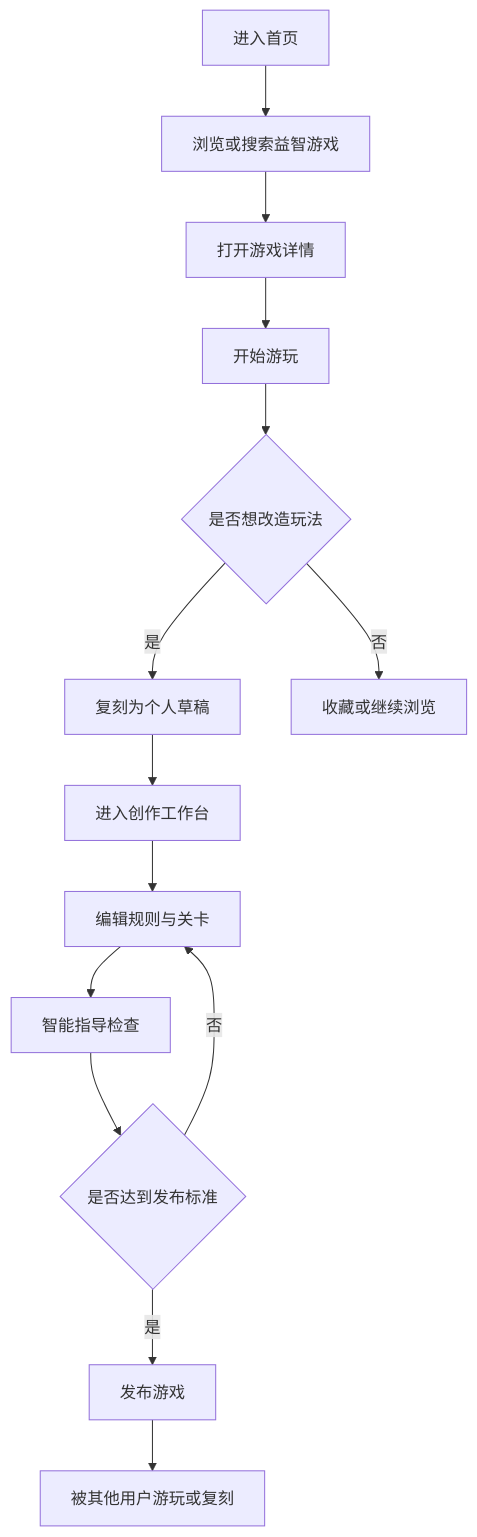
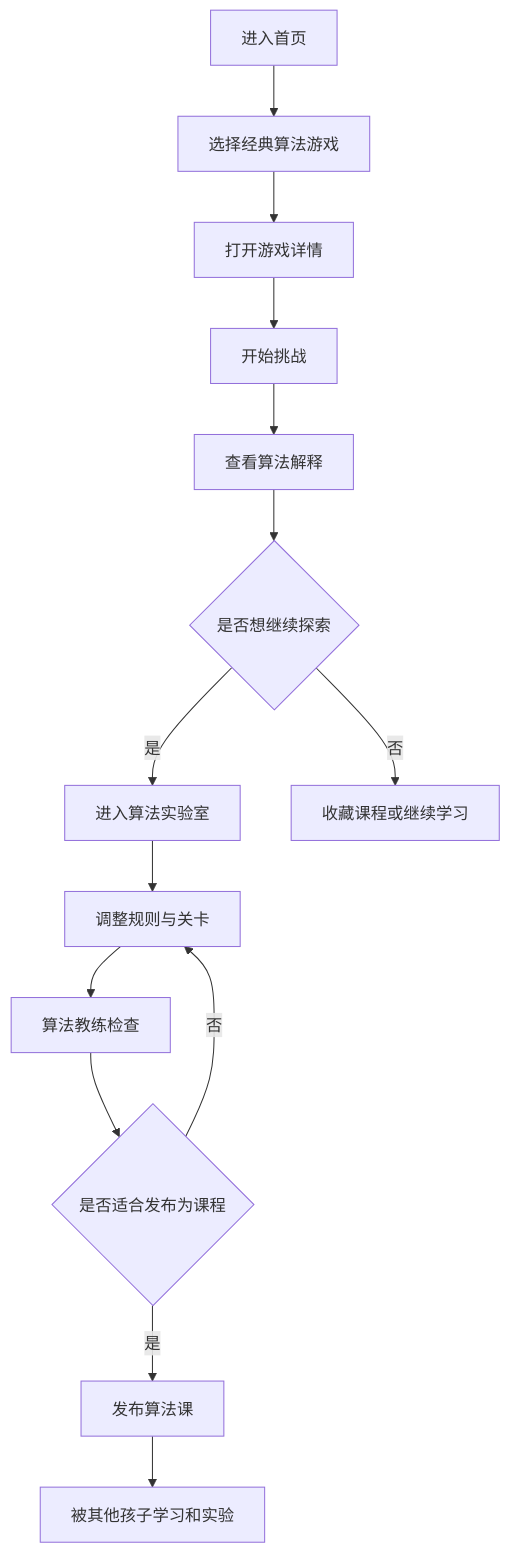
Before and after one commit to shawcc/brain-workshop: the diagram in .trae/documents/益智小游戏平台_PRD.md, drawn with Mermaid. The commit also changed other lines of this file and 14 other files, not shown here.

````diff
--- a/.trae/documents/益智小游戏平台_PRD.md
+++ b/.trae/documents/益智小游戏平台_PRD.md
@@ -46,16 +44,16 @@
 ```mermaid
 flowchart TD
-    A["进入首页"] --> B["浏览或搜索益智游戏"]
+    A["进入首页"] --> B["选择经典算法游戏"]
     B --> C["打开游戏详情"]
-    C --> D["开始游玩"]
-    D --> E{"是否想改造玩法"}
-    E -->|是| F["复刻为个人草稿"]
-    E -->|否| G["收藏或继续浏览"]
-    F --> H["进入创作工作台"]
-    H --> I["编辑规则与关卡"]
-    I --> J["智能指导检查"]
-    J --> K{"是否达到发布标准"}
+    C --> D["开始挑战"]
+    D --> E["查看算法解释"]
+    E --> F{"是否想继续探索"}
+    F -->|是| H["进入算法实验室"]
+    F -->|否| G["收藏课程或继续学习"]
+    H --> I["调整规则与关卡"]
+    I --> J["算法教练检查"]
+    J --> K{"是否适合发布为课程"}
     K -->|否| I
-    K -->|是| L["发布游戏"]
-    L --> M["被其他用户游玩或复刻"]
+    K -->|是| L["发布算法课"]
+    L --> M["被其他孩子学习和实验"]
 ```
````
